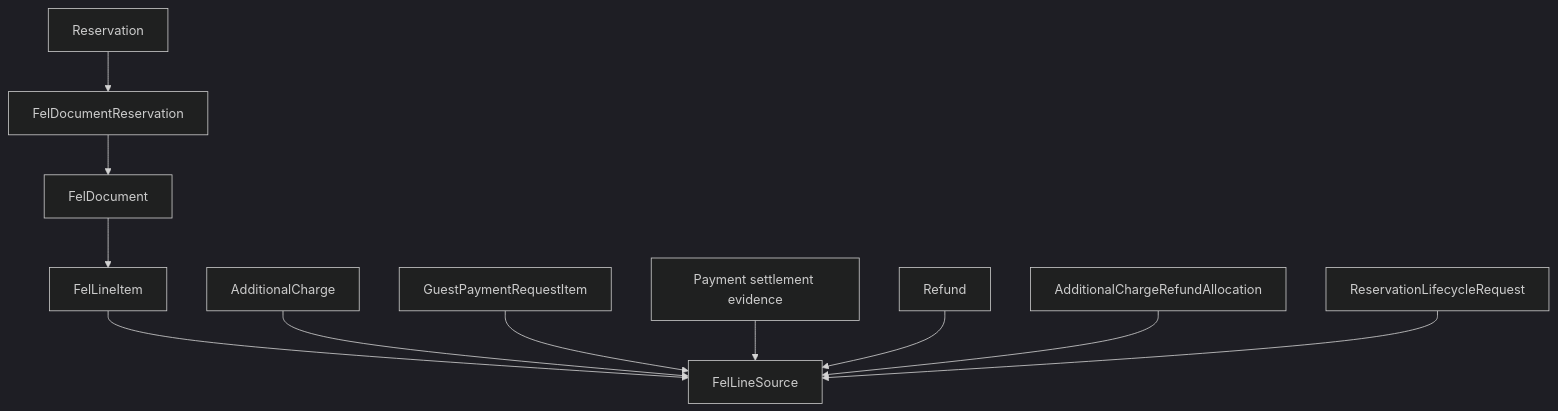
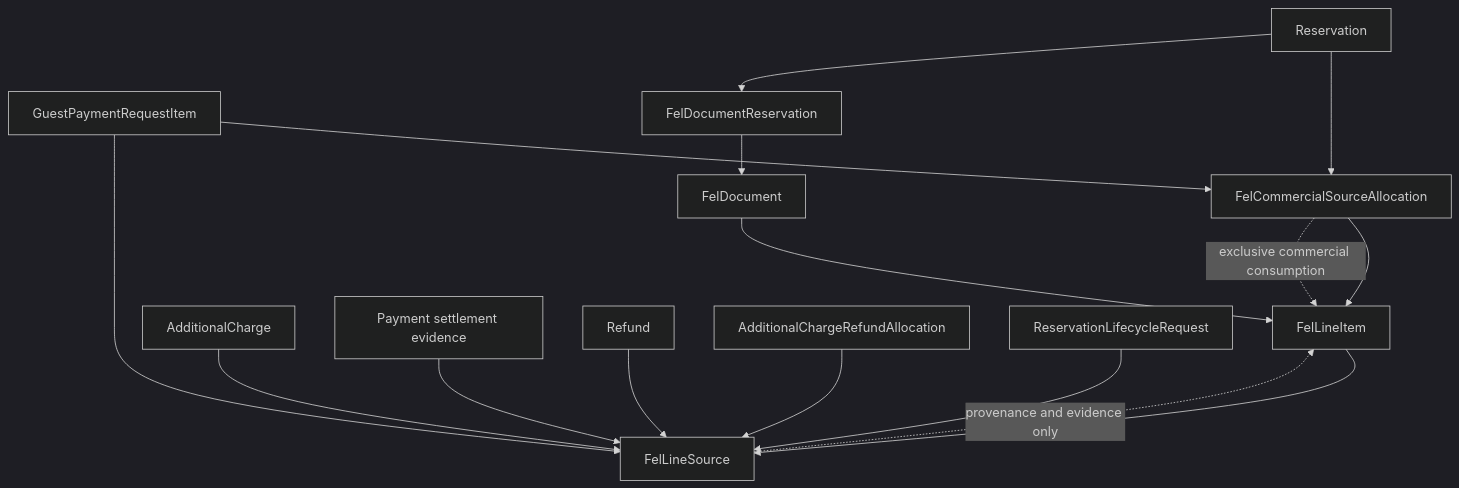
Before and after one commit to Juanjho120/trp-booking: the second of 4 diagrams in docs/213-final-i-5-fel-fiscal-domain-contract-and-architecture.md, drawn with Mermaid (dark theme). The commit also changed other lines of this file and 3 other files, not shown here.

Commit message:
docs(final-i): harden FEL source consumption contract

````diff
--- a/docs/213-final-i-5-fel-fiscal-domain-contract-and-architecture.md
+++ b/docs/213-final-i-5-fel-fiscal-domain-contract-and-architecture.md
@@ -878,13 +1212,22 @@
 ```mermaid
 flowchart TD
-  R[Reservation] --> FDR[FelDocumentReservation]
+  R[Reservation] --> FCSA[FelCommercialSourceAllocation]
+  GPRI[GuestPaymentRequestItem] --> FCSA
+  FCSA --> FLI[FelLineItem]
+
+  R --> FDR[FelDocumentReservation]
   FDR --> FD[FelDocument]
   FD --> FLI[FelLineItem]
+
   FLI --> FLS[FelLineSource]
+
   AC[AdditionalCharge] --> FLS
-  GPRI[GuestPaymentRequestItem] --> FLS
+  GPRI --> FLS
   P[Payment settlement evidence] --> FLS
   RF[Refund] --> FLS
   ACRA[AdditionalChargeRefundAllocation] --> FLS
   RLR[ReservationLifecycleRequest] --> FLS
+
+  FCSA -. exclusive commercial consumption .-> FLI
+  FLS -. provenance and evidence only .-> FLI
 ```
````
